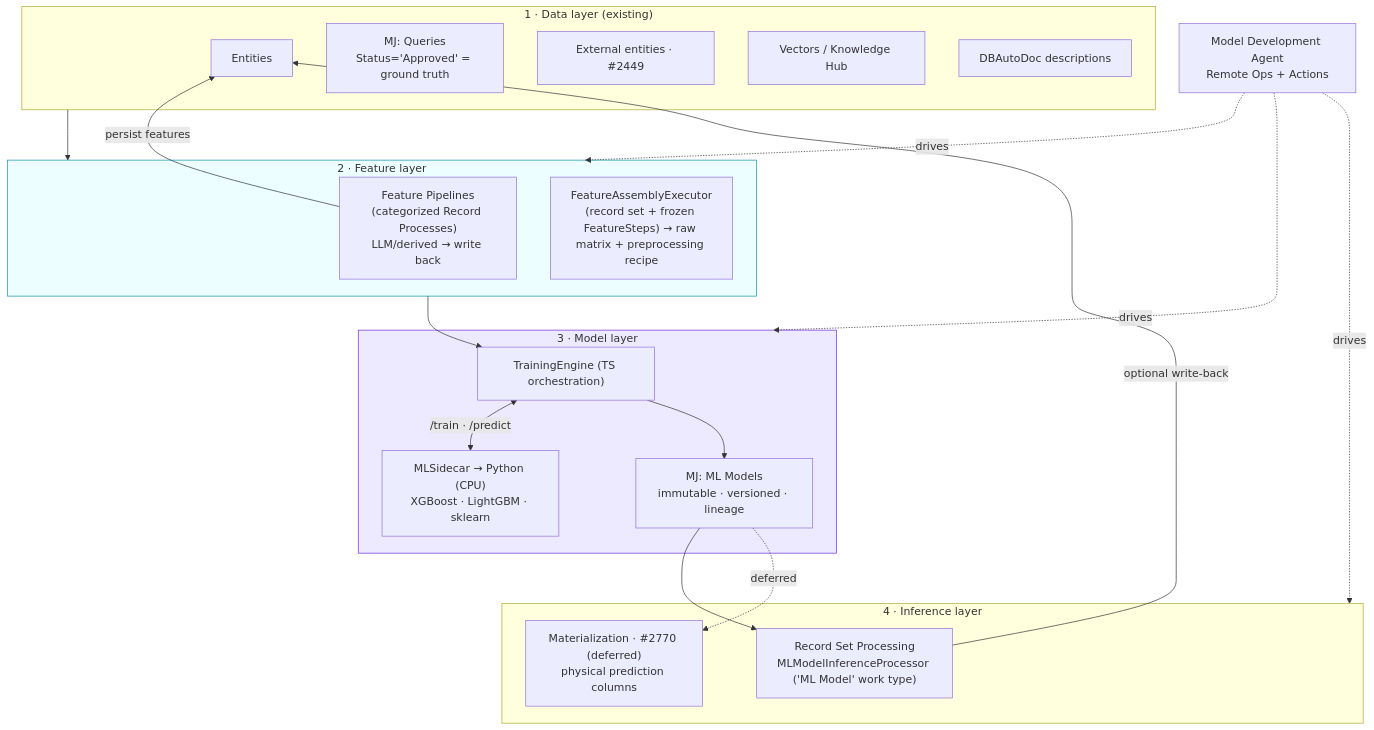
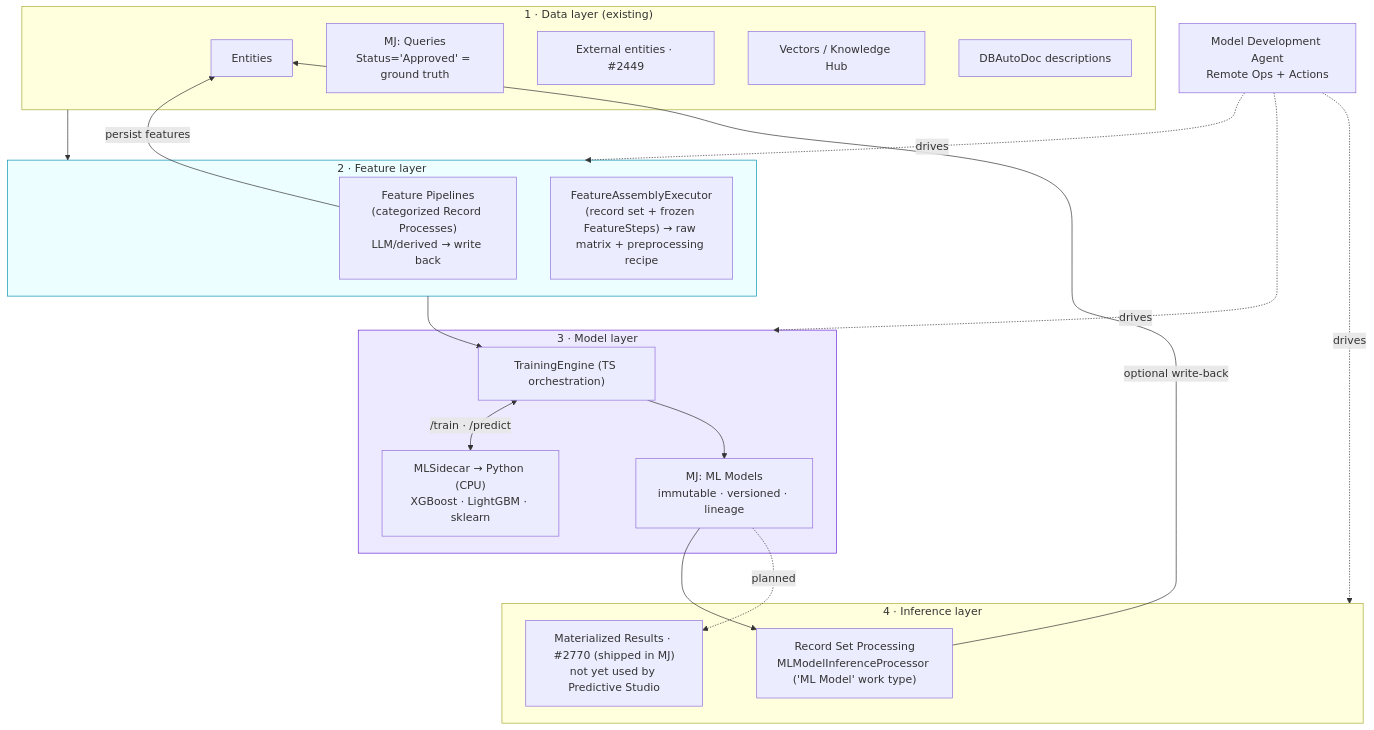
Before and after one commit to MemberJunction/MJ: the first of 15 diagrams in guides/PREDICTIVE_STUDIO_GUIDE.md, drawn with Mermaid. The commit also changed other lines of this file, not shown here.

First line of the commit message:
docs(ps): correct the guide's materialization status (#2770 has shipped)

````diff
--- a/guides/PREDICTIVE_STUDIO_GUIDE.md
+++ b/guides/PREDICTIVE_STUDIO_GUIDE.md
@@ -80,34 +80,34 @@
 ```mermaid
 flowchart TB
     subgraph DATA["1 · Data layer (existing)"]
         E[Entities]
         Q["MJ: Queries<br/>Status='Approved' = ground truth"]
         EXT["External entities · #2449"]
         VEC[Vectors / Knowledge Hub]
         DOC[DBAutoDoc descriptions]
     end
     subgraph FEAT["2 · Feature layer"]
         FP["Feature Pipelines<br/>(categorized Record Processes)<br/>LLM/derived → write back"]
         FA["FeatureAssemblyExecutor<br/>(record set + frozen FeatureSteps) → raw matrix + preprocessing recipe"]
     end
     subgraph MODEL["3 · Model layer"]
         TRAIN["TrainingEngine (TS orchestration)"]
         SIDE["MLSidecar → Python (CPU)<br/>XGBoost · LightGBM · sklearn"]
         MM["MJ: ML Models<br/>immutable · versioned · lineage"]
     end
     subgraph INFER["4 · Inference layer"]
         RSP["Record Set Processing<br/>MLModelInferenceProcessor ('ML Model' work type)"]
-        MAT["Materialization · #2770 (deferred)<br/>physical prediction columns"]
+        MAT["Materialized Results · #2770 (shipped in MJ)<br/>not yet used by Predictive Studio"]
     end
     DATA --> FEAT
     FP -->|persist features| E
     FEAT --> TRAIN
     TRAIN <-->|"/train · /predict"| SIDE
     TRAIN --> MM
     MM --> RSP
-    MM -.deferred.-> MAT
+    MM -.planned.-> MAT
     RSP -->|optional write-back| E
     AGENT["Model Development Agent<br/>Remote Ops + Actions"] -.drives.-> FEAT & MODEL & INFER
     style FEAT fill:#ecfeff,stroke:#0891b2
     style MODEL fill:#ede9fe,stroke:#6d28d9
 ```
````
